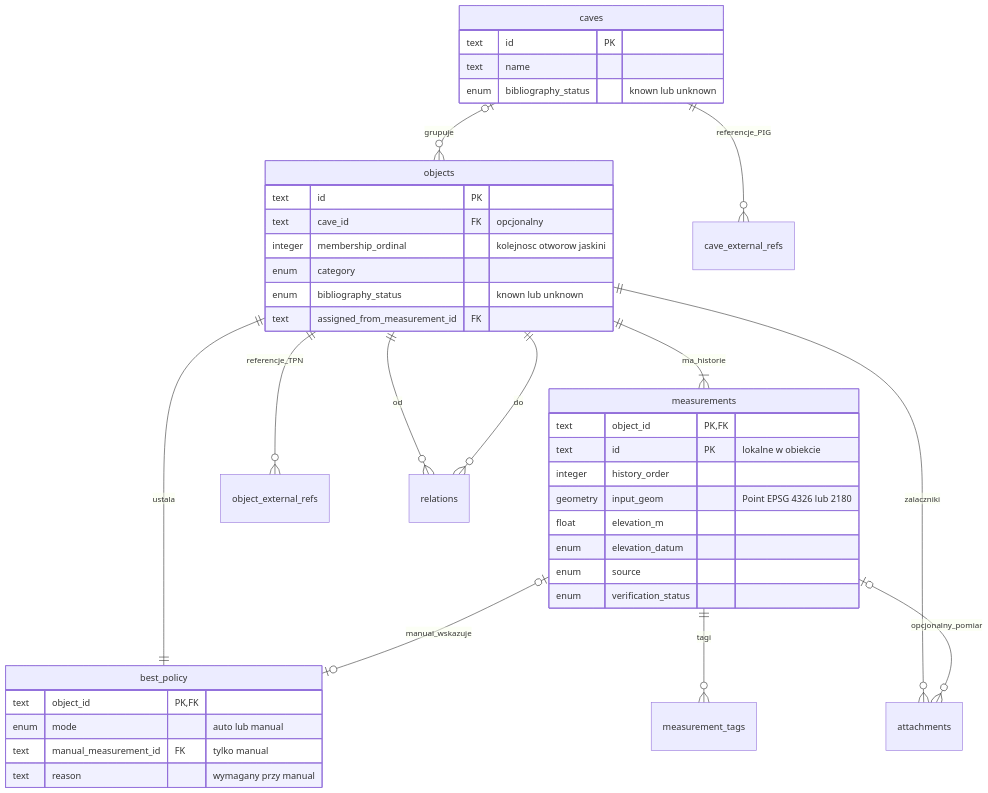
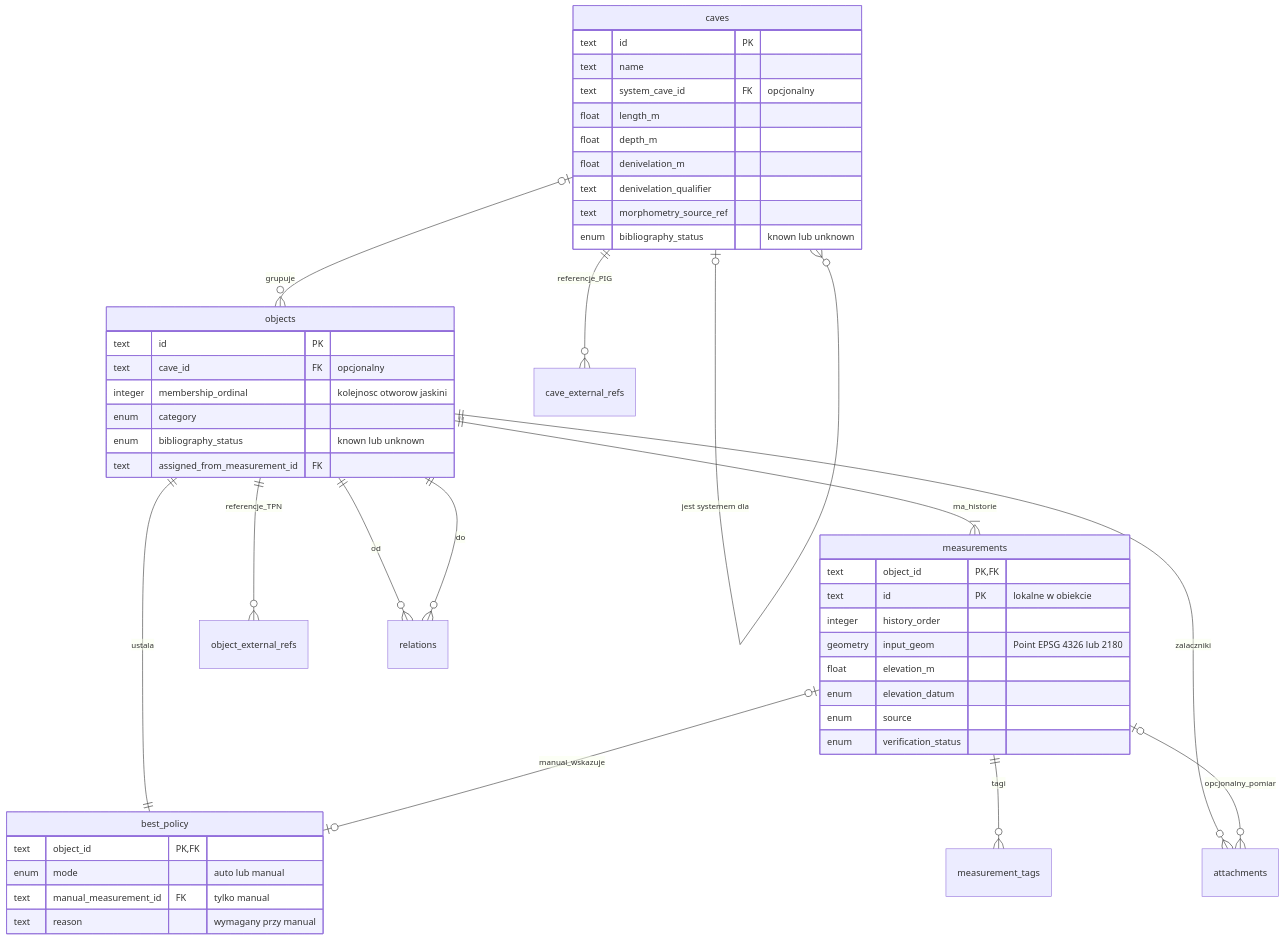
One commit to dlubom/gps-kataster-obiektow-tatr changed the first of 3 diagrams in docs/architecture/schema.md. Above: the diagram before and after it, drawn with Mermaid. The commit also changed other lines of this file and 3 other files, not shown here.

Commit message:
docs: uzupełnij diagram systemów i limit DBF

````diff
--- a/docs/architecture/schema.md
+++ b/docs/architecture/schema.md
@@ -12,43 +12,50 @@
 ```mermaid
 erDiagram
+    caves o|--o{ caves : "jest systemem dla"
     caves o|--o{ objects : grupuje
     objects ||--|{ measurements : ma_historie
     objects ||--|| best_policy : ustala
     measurements o|--o| best_policy : manual_wskazuje
     objects ||--o{ object_external_refs : referencje_TPN
     caves ||--o{ cave_external_refs : referencje_PIG
     measurements ||--o{ measurement_tags : tagi
     objects ||--o{ attachments : zalaczniki
     measurements o|--o{ attachments : opcjonalny_pomiar
     objects ||--o{ relations : od
     objects ||--o{ relations : do
     caves {
         text id PK
         text name
+        text system_cave_id FK "opcjonalny"
+        float length_m
+        float depth_m
+        float denivelation_m
+        text denivelation_qualifier
+        text morphometry_source_ref
         enum bibliography_status "known lub unknown"
     }
     objects {
         text id PK
         text cave_id FK "opcjonalny"
         integer membership_ordinal "kolejnosc otworow jaskini"
         enum category
         enum bibliography_status "known lub unknown"
         text assigned_from_measurement_id FK
     }
     measurements {
         text object_id PK,FK
         text id PK "lokalne w obiekcie"
         integer history_order
         geometry input_geom "Point EPSG 4326 lub 2180"
         float elevation_m
         enum elevation_datum
         enum source
         enum verification_status
     }
     best_policy {
         text object_id PK,FK
         enum mode "auto lub manual"
         text manual_measurement_id FK "tylko manual"
         text reason "wymagany przy manual"
     }
 ```
````
